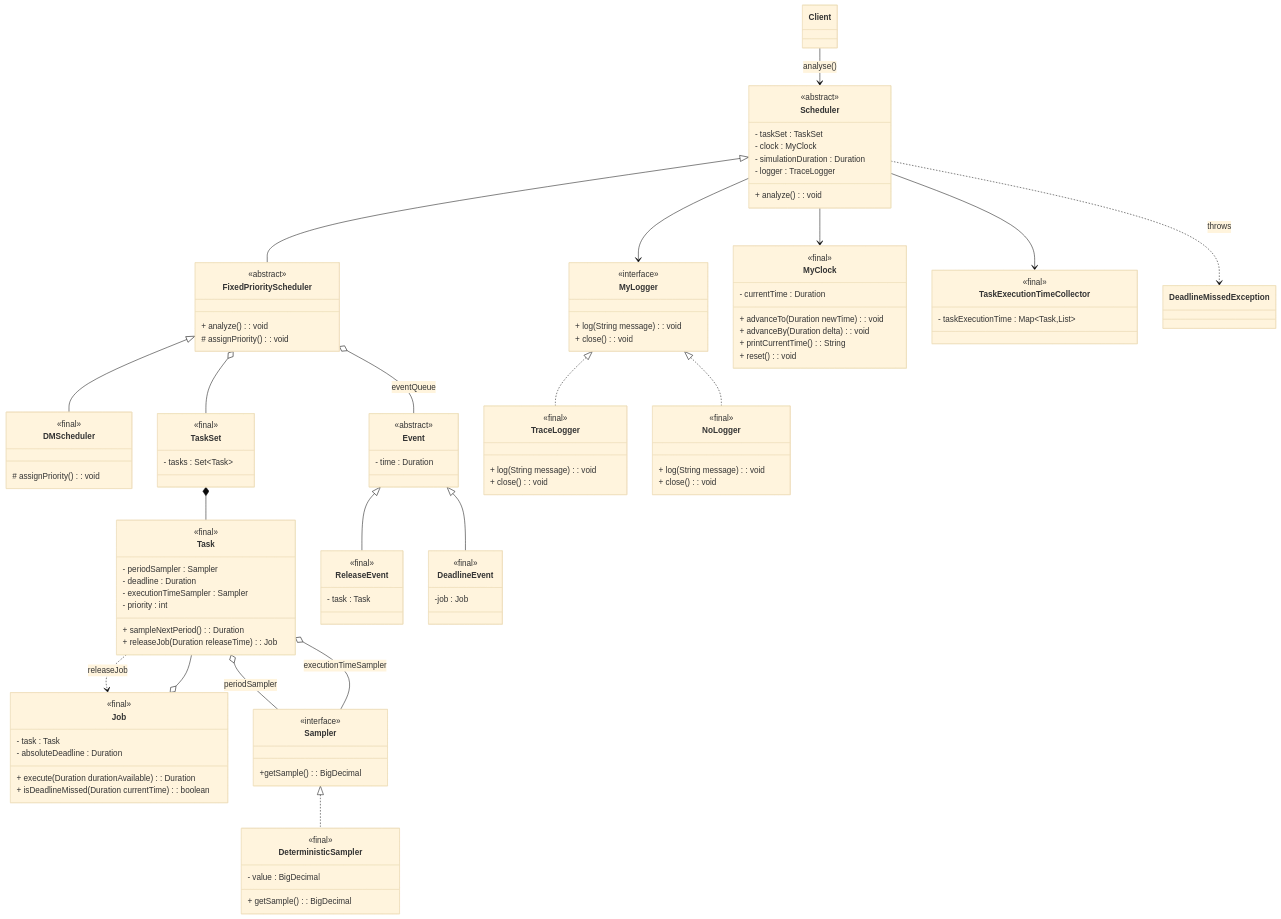
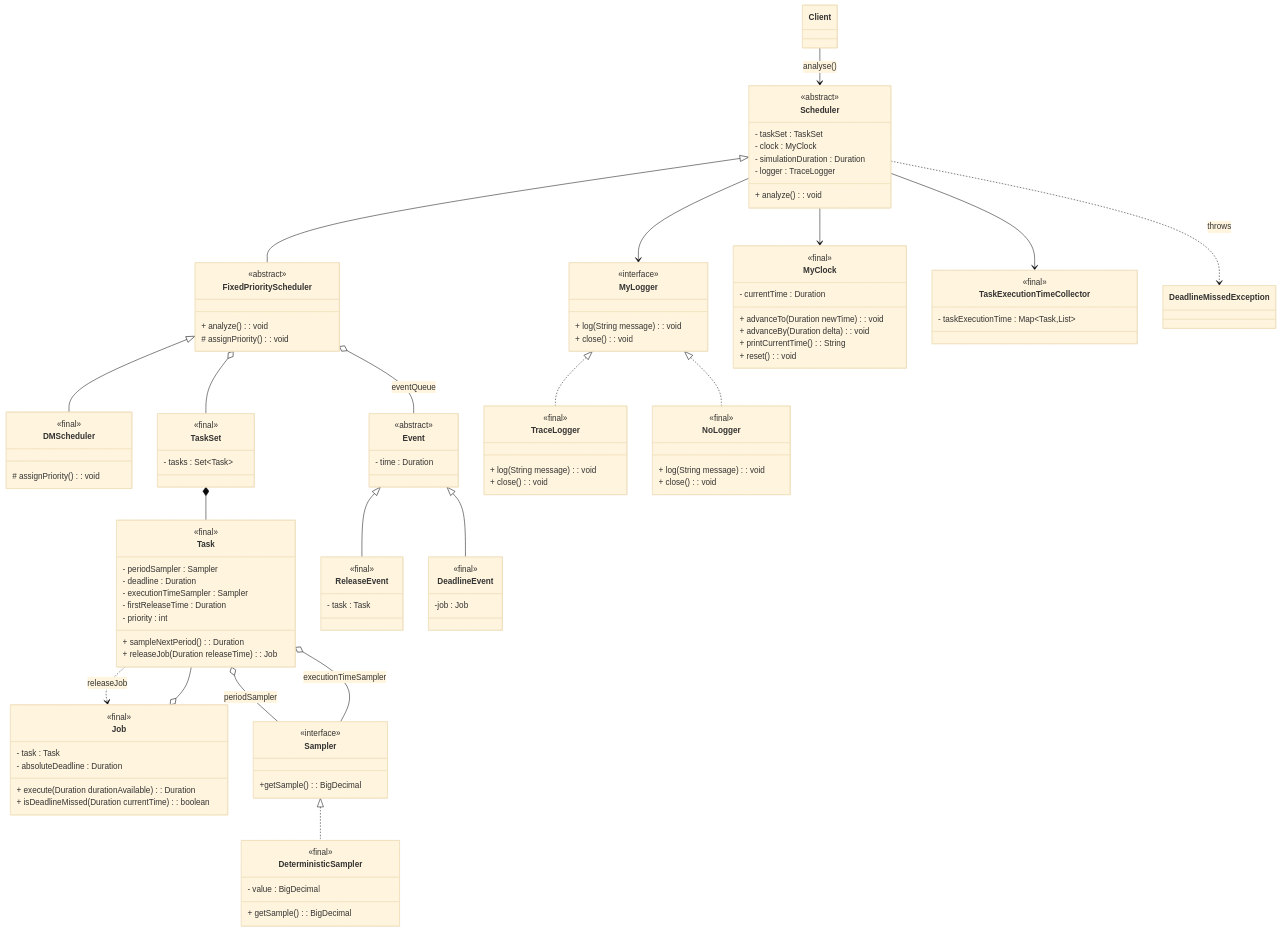
One commit to edoardosarri24/probabilistic-soft-real-time-analysis changed the diagram in report/images/1-simulator/class_diagram.mmd. Above: the diagram before and after it, drawn with Mermaid (base theme). The commit also changed 6 other files, not shown here.

Commit message:
first releaase time can be sampled from some distribution. it can be grether then zero.

```diff
--- a/report/images/1-simulator/class_diagram.mmd
+++ b/report/images/1-simulator/class_diagram.mmd
@@ -1,134 +1,135 @@
 classDiagram
 
     %% Scheduler
     class Scheduler {
         <<abstract>>
         - taskSet : TaskSet
         - clock : MyClock
         - simulationDuration : Duration
         - logger : TraceLogger
         + analyze() : void
     }
 
     class FixedPriorityScheduler {
         <<abstract>>
         + analyze() : void
         # assignPriority() : void
     }
 
     class DMScheduler {
         <<final>>
         # assignPriority() : void
     }
 
     %% TaskSet
     class TaskSet {
         <<final>>
         - tasks : Set~Task~
     }
 
     class Task {
         <<final>>
         - periodSampler : Sampler
         - deadline : Duration
         - executionTimeSampler : Sampler
+        - firstReleaseTime : Duration
         - priority : int
         + sampleNextPeriod() : Duration
         + releaseJob(Duration releaseTime) : Job
     }
 
     class Job {
         <<final>>
         - task : Task
         - absoluteDeadline : Duration
         + execute(Duration durationAvailable) : Duration
         + isDeadlineMissed(Duration currentTime) : boolean
     }
 
     %% Event
     class Event {
         <<abstract>>
         - time : Duration
     }
 
     class ReleaseEvent {
         <<final>>
         - task : Task
     }
 
     class DeadlineEvent {
         <<final>>
         -job : Job
     }
 
     %% Logger
     class MyLogger {
         <<interface>>
         + log(String message) : void
         + close() : void
     }
 
     class TraceLogger {
         <<final>>
         + log(String message) : void
         + close() : void
     }
 
     class NoLogger {
         <<final>>
         + log(String message) : void
         + close() : void
     }
 
     %% Utils
     class MyClock {
         <<final>>
         - currentTime : Duration
         + advanceTo(Duration newTime) : void
         + advanceBy(Duration delta) : void
         + printCurrentTime() : String
         + reset() : void
     }
 
     class Sampler {
         <<interface>>
         +getSample() : BigDecimal
     }
 
     class DeterministicSampler {
         <<final>>
         - value : BigDecimal
         + getSample() : BigDecimal
     }
 
     class TaskExecutionTimeCollector{
         <<final>>
         - taskExecutionTime : Map~Task,List~
     }
 
     %% Relationships
     Client --> Scheduler : analyse()
     %% Scheduler
     Scheduler <|-- FixedPriorityScheduler
     FixedPriorityScheduler <|-- DMScheduler
     Scheduler --> MyClock
     Scheduler --> MyLogger
     Scheduler --> TaskExecutionTimeCollector
     FixedPriorityScheduler o-- TaskSet
     FixedPriorityScheduler o-- Event : eventQueue
     Scheduler ..> DeadlineMissedException : throws
     %% TaskSet
     TaskSet *-- Task
     Job o-- Task
     Task o-- Sampler : periodSampler
     Task o-- Sampler : executionTimeSampler
     Task ..> Job : releaseJob
     %% Event
     Event <|-- ReleaseEvent
     Event <|-- DeadlineEvent
     %% Logger
     MyLogger <|.. TraceLogger
     MyLogger <|.. NoLogger
 
     %% Utils
     Sampler <|.. DeterministicSampler
```
